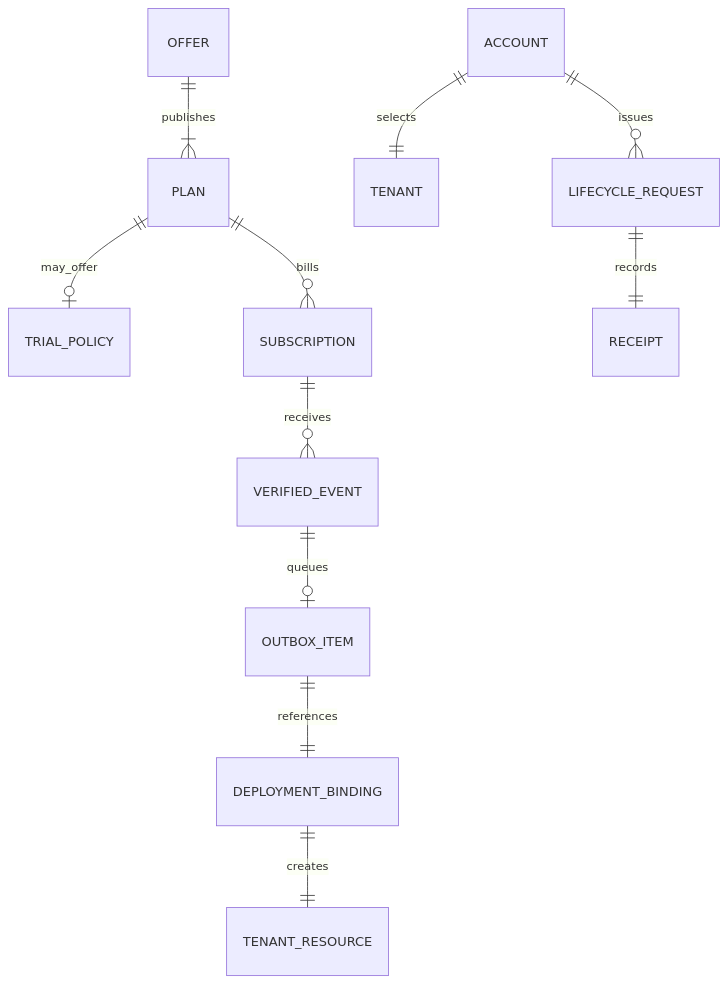
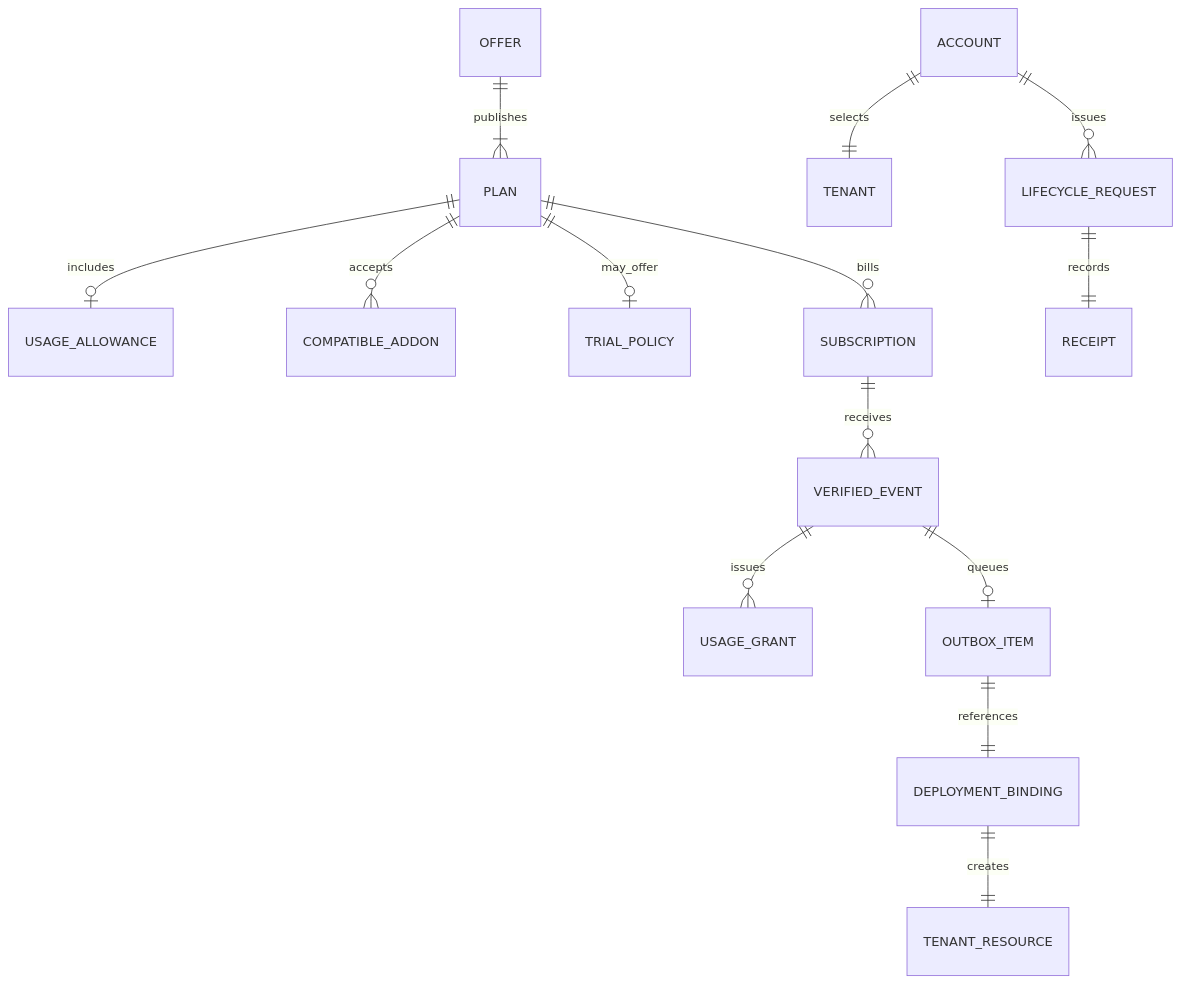
One commit to wellmanifest/saas-lifecycle changed the third of 3 diagrams in docs/ARCHITECTURE.md. Above: the diagram before and after it, drawn with Mermaid. The commit also changed other lines of this file and 4 other files, not shown here.

````diff
--- a/docs/ARCHITECTURE.md
+++ b/docs/ARCHITECTURE.md
@@ -86,13 +140,16 @@
 ```mermaid
 erDiagram
     OFFER ||--|{ PLAN : publishes
+    PLAN ||--o| USAGE_ALLOWANCE : includes
+    PLAN ||--o{ COMPATIBLE_ADDON : accepts
     PLAN ||--o| TRIAL_POLICY : may_offer
     ACCOUNT ||--|| TENANT : selects
     ACCOUNT ||--o{ LIFECYCLE_REQUEST : issues
     PLAN ||--o{ SUBSCRIPTION : bills
     SUBSCRIPTION ||--o{ VERIFIED_EVENT : receives
+    VERIFIED_EVENT ||--o{ USAGE_GRANT : issues
     VERIFIED_EVENT ||--o| OUTBOX_ITEM : queues
     OUTBOX_ITEM ||--|| DEPLOYMENT_BINDING : references
     DEPLOYMENT_BINDING ||--|| TENANT_RESOURCE : creates
     LIFECYCLE_REQUEST ||--|| RECEIPT : records
 ```
````
